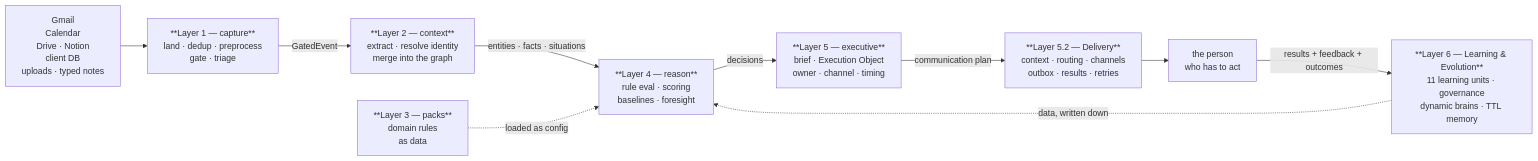
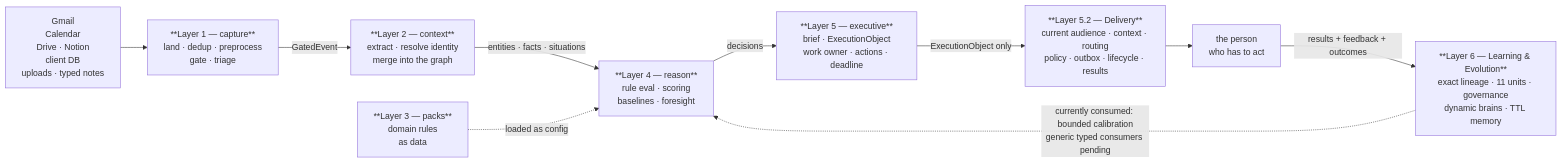
Before and after one commit to themoronss/genios-brain: the second of 2 diagrams in System Design/README.md, drawn with Mermaid. The commit also changed other lines of this file and 2057 other files, not shown here.

Commit message:
feat: complete system design, delivery, learning, and expertise updates

````diff
--- a/System Design/README.md
+++ b/System Design/README.md
@@ -75,26 +75,26 @@
 ```mermaid
 flowchart LR
     src["Gmail<br/>Calendar<br/>Drive · Notion<br/>client DB<br/>uploads · typed notes"]
     src --> L1
 
     L1["**Layer 1 — capture**<br/>land · dedup · preprocess<br/>gate · triage"]
     L1 -- "GatedEvent" --> L2
 
     L2["**Layer 2 — context**<br/>extract · resolve identity<br/>merge into the graph"]
     L2 -- "entities · facts · situations" --> L4
 
     L3["**Layer 3 — packs**<br/>domain rules<br/>as data"]
     L3 -. "loaded as config" .-> L4
 
     L4["**Layer 4 — reason**<br/>rule eval · scoring<br/>baselines · foresight"]
     L4 -- "decisions" --> L5
 
-    L5["**Layer 5 — executive**<br/>brief · Execution Object<br/>owner · channel · timing"]
-    L5 -- "communication plan" --> L52
+    L5["**Layer 5 — executive**<br/>brief · ExecutionObject<br/>work owner · actions · deadline"]
+    L5 -- "ExecutionObject only" --> L52
 
-    L52["**Layer 5.2 — Delivery**<br/>context · routing · channels<br/>outbox · results · retries"]
+    L52["**Layer 5.2 — Delivery**<br/>current audience · context · routing<br/>policy · outbox · lifecycle · results"]
     L52 --> out["the person<br/>who has to act"]
 
-    out -- "results + feedback + outcomes" --> L6["**Layer 6 — Learning & Evolution**<br/>11 learning units · governance<br/>dynamic brains · TTL memory"]
-    L6 -. "data, written down" .-> L4
+    out -- "results + feedback + outcomes" --> L6["**Layer 6 — Learning & Evolution**<br/>exact lineage · 11 units · governance<br/>dynamic brains · TTL memory"]
+    L6 -. "currently consumed: bounded calibration<br/>generic typed consumers pending" .-> L4
 ```
````
